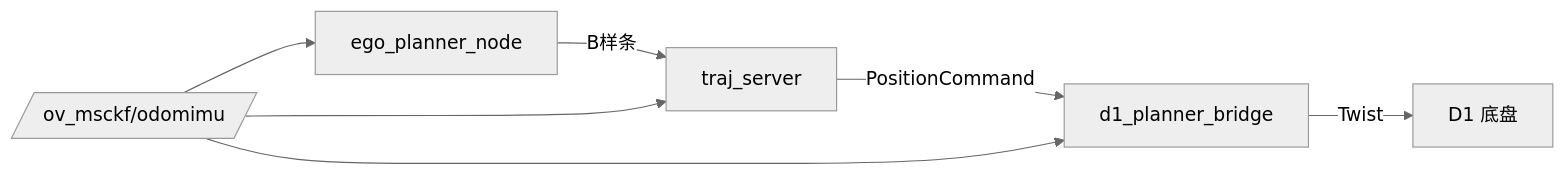
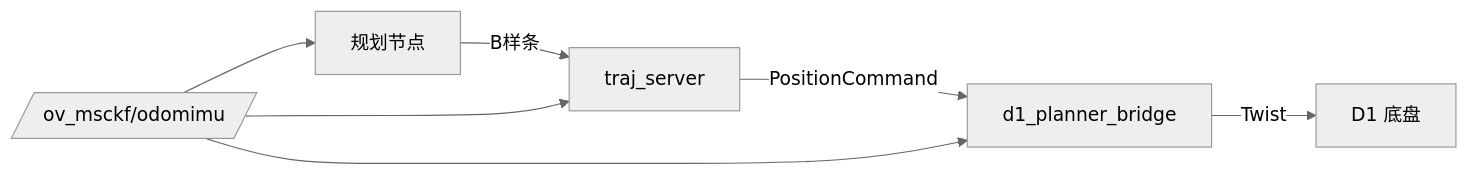
One commit to h6angel/d1pro changed the third of 3 diagrams in docs/00_overview.md. Above: the diagram before and after it, drawn with Mermaid (neutral theme). The commit also changed other lines of this file and 14 other files, not shown here.

````diff
--- a/docs/00_overview.md
+++ b/docs/00_overview.md
@@ -178,9 +166,9 @@
 ```mermaid
 flowchart LR
-    A[ego_planner_node] -->|B样条| B[traj_server]
+    A[规划节点] -->|B样条| B[traj_server]
     B -->|PositionCommand| C[d1_planner_bridge]
     C -->|Twist| D[D1 底盘]
     O[/ov_msckf/odomimu/] --> A
     O --> B
     O --> C
 ```
````
